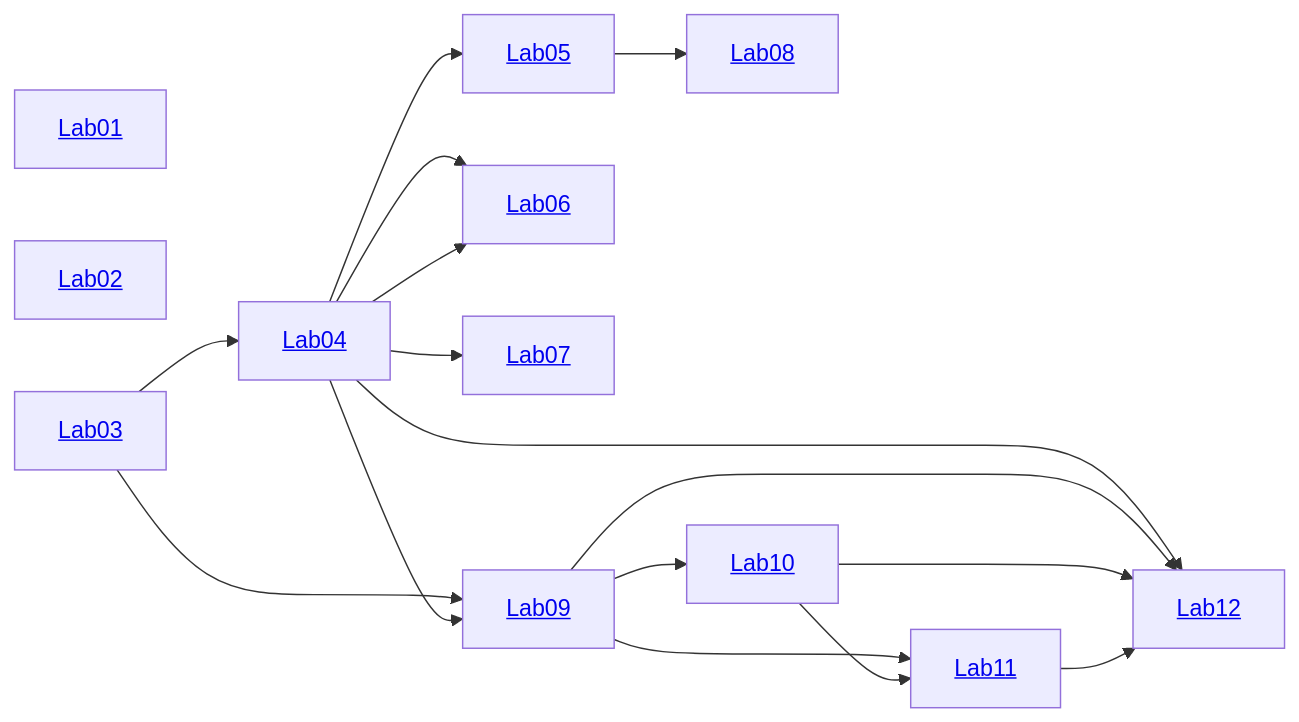
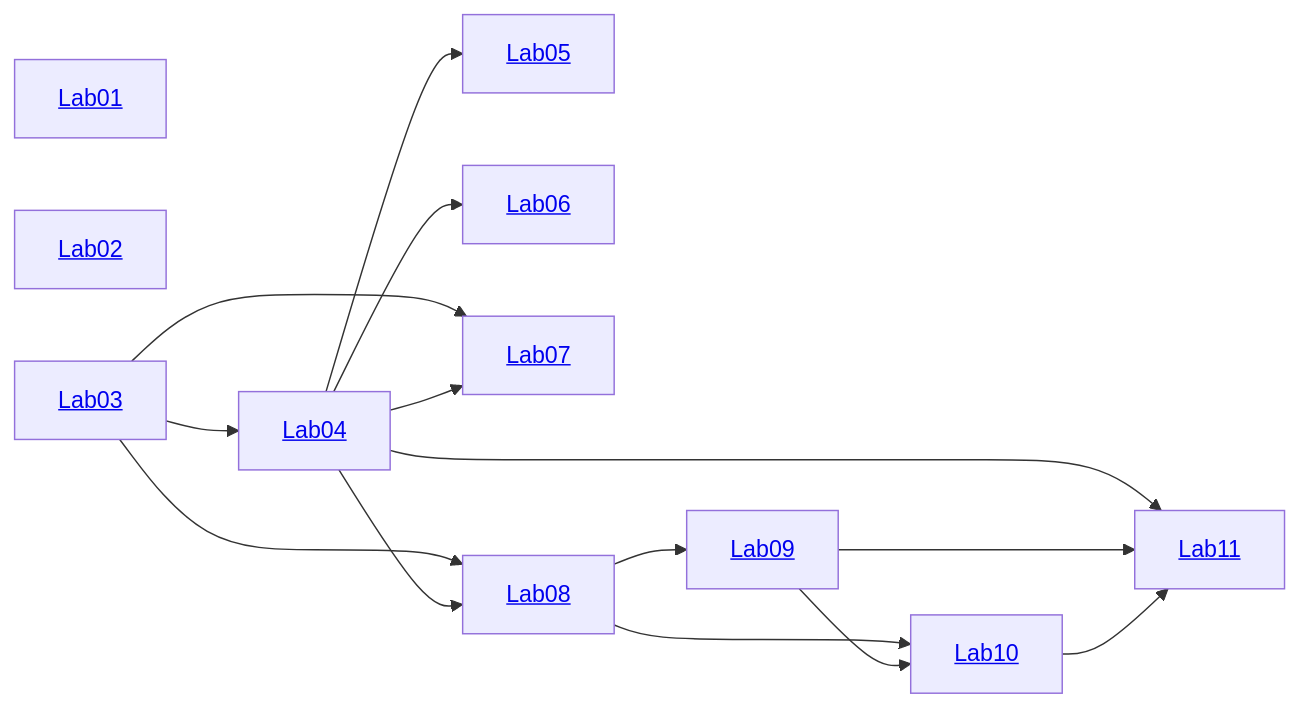
The diagram in README.md (xugeaneeu/TVM2025-public), drawn with Mermaid before and after one commit. The commit also changed other lines of this file and 3 other files, not shown here.

````diff
--- a/README.md
+++ b/README.md
@@ -42,32 +43,29 @@
 ```mermaid
 flowchart LR
     Lab01[<a href="./lab01">Lab01</a>]
     Lab02[<a href="./lab02">Lab02</a>]
     Lab03[<a href="./lab03">Lab03</a>]
     Lab04[<a href="./lab04">Lab04</a>]
     Lab05[<a href="./lab05">Lab05</a>]
     Lab06[<a href="./lab06">Lab06</a>]
     Lab07[<a href="./lab07">Lab07</a>]
     Lab08[<a href="./lab08">Lab08</a>]
     Lab09[<a href="./lab09">Lab09</a>]
     Lab10[<a href="./lab10">Lab10</a>]
     Lab11[<a href="./lab11">Lab11</a>]
-    Lab12[<a href="./lab12">Lab12</a>]
 
     
     Lab03 --> Lab04
     Lab04 --> Lab05
     Lab04 --> Lab06
-    Lab04 --> Lab06
+    Lab03 --> Lab07
     Lab04 --> Lab07
-    Lab05 --> Lab08
-    Lab03 --> Lab09
-    Lab04 --> Lab09
+    Lab03 --> Lab08
+    Lab04 --> Lab08
+    Lab08 --> Lab09
+    Lab08 --> Lab10
     Lab09 --> Lab10
+    Lab04 --> Lab11
     Lab09 --> Lab11
     Lab10 --> Lab11
-    Lab04 --> Lab12
-    Lab09 --> Lab12
-    Lab10 --> Lab12
-    Lab11 --> Lab12
 ```
````
